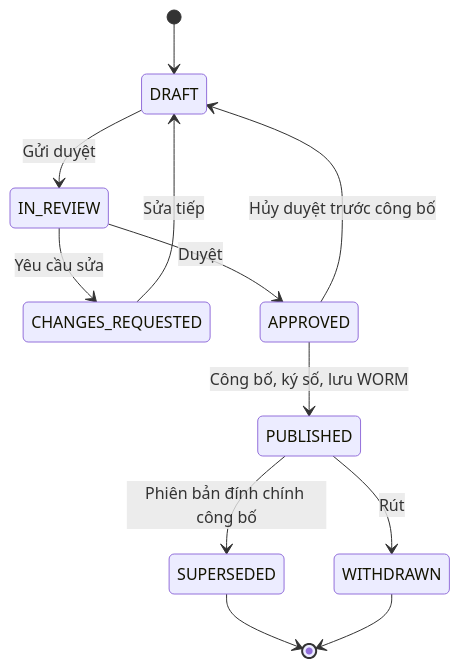
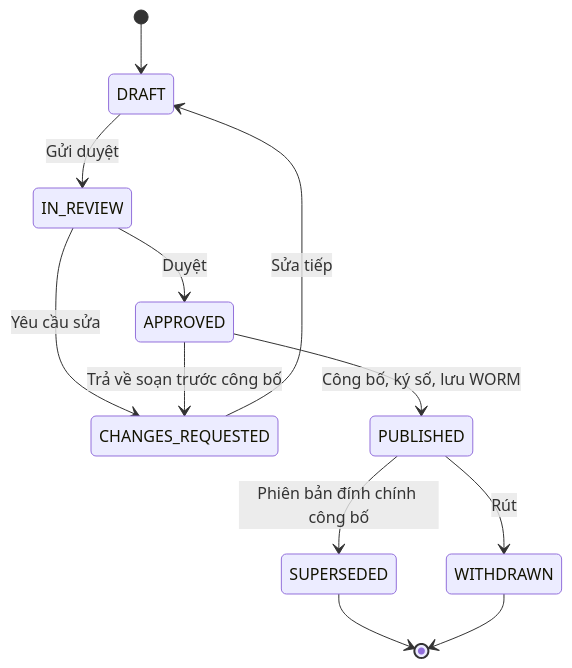
The eighth of 27 diagrams in datahub-docs/02-yeu-cau/frs/D02-03-PH16-frs-bao-cao-chi-tieu.md (caprocute/DATAHUB), drawn with Mermaid before and after one commit. The commit also changed other lines of this file and 25 other files, not shown here.

````diff
--- a/datahub-docs/02-yeu-cau/frs/D02-03-PH16-frs-bao-cao-chi-tieu.md
+++ b/datahub-docs/02-yeu-cau/frs/D02-03-PH16-frs-bao-cao-chi-tieu.md
@@ -565,14 +566,14 @@
 ```{.mermaid caption="Máy trạng thái báo cáo"}
 stateDiagram-v2
   [*] --> DRAFT
   DRAFT --> IN_REVIEW: Gửi duyệt
   IN_REVIEW --> CHANGES_REQUESTED: Yêu cầu sửa
   CHANGES_REQUESTED --> DRAFT: Sửa tiếp
   IN_REVIEW --> APPROVED: Duyệt
   APPROVED --> PUBLISHED: Công bố, ký số, lưu WORM
-  APPROVED --> DRAFT: Hủy duyệt trước công bố
+  APPROVED --> CHANGES_REQUESTED: Trả về soạn trước công bố
   PUBLISHED --> SUPERSEDED: Phiên bản đính chính công bố
   PUBLISHED --> WITHDRAWN: Rút
   SUPERSEDED --> [*]
   WITHDRAWN --> [*]
 ```
````
